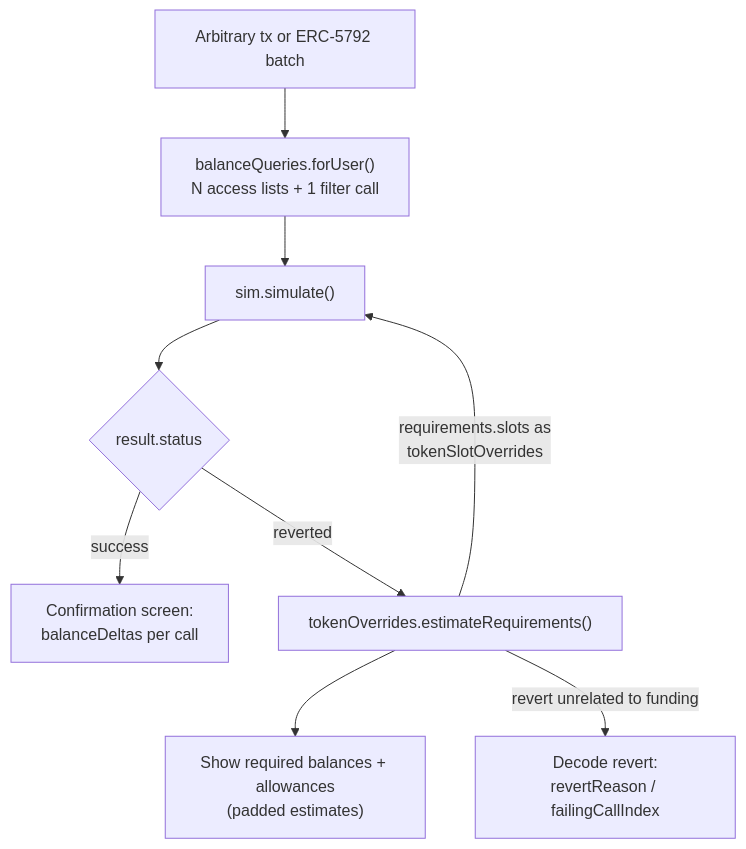
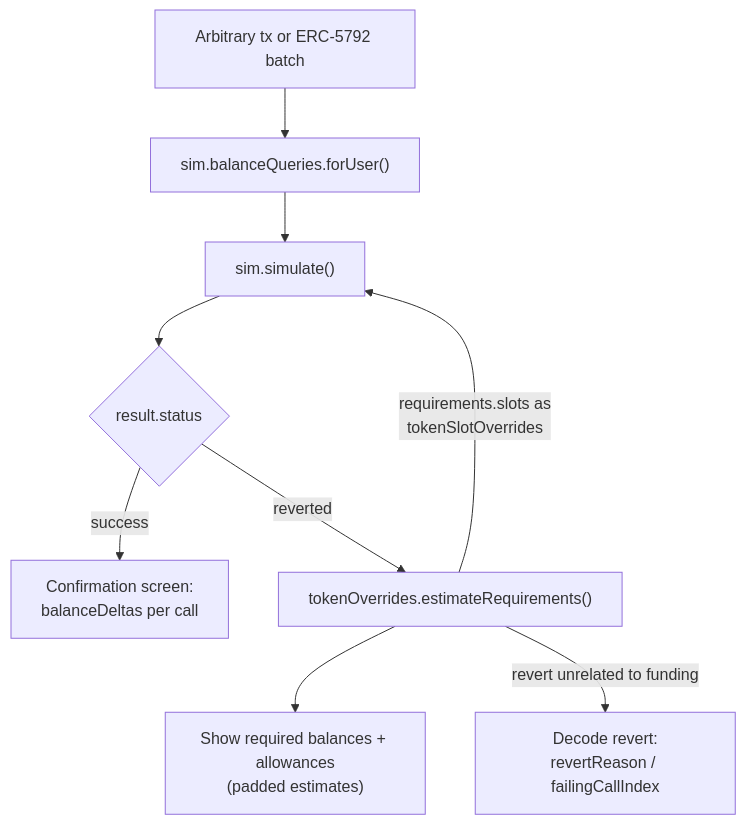
One commit to frontier159/viem-tx-sim changed the second of 2 diagrams in README.md. Above: the diagram before and after it, drawn with Mermaid. The commit also changed other lines of this file, not shown here.

````diff
--- a/README.md
+++ b/README.md
@@ -147,11 +147,11 @@
 ```mermaid
 flowchart TD
-    A["Arbitrary tx or ERC-5792 batch"] --> B["balanceQueries.forUser()<br/>N access lists + 1 filter call"]
+    A["Arbitrary tx or ERC-5792 batch"] --> B["sim.balanceQueries.forUser()<br/>"]
     B --> C["sim.simulate()"]
     C --> D{"result.status"}
     D -- "success" --> E["Confirmation screen:<br/>balanceDeltas per call"]
     D -- "reverted" --> F["tokenOverrides.estimateRequirements()"]
     F --> G["Show required balances + allowances<br/>(padded estimates)"]
     F -- "requirements.slots as<br/>tokenSlotOverrides" --> C
     F -- "revert unrelated to funding" --> H["Decode revert:<br/>revertReason / failingCallIndex"]
 ```
````
